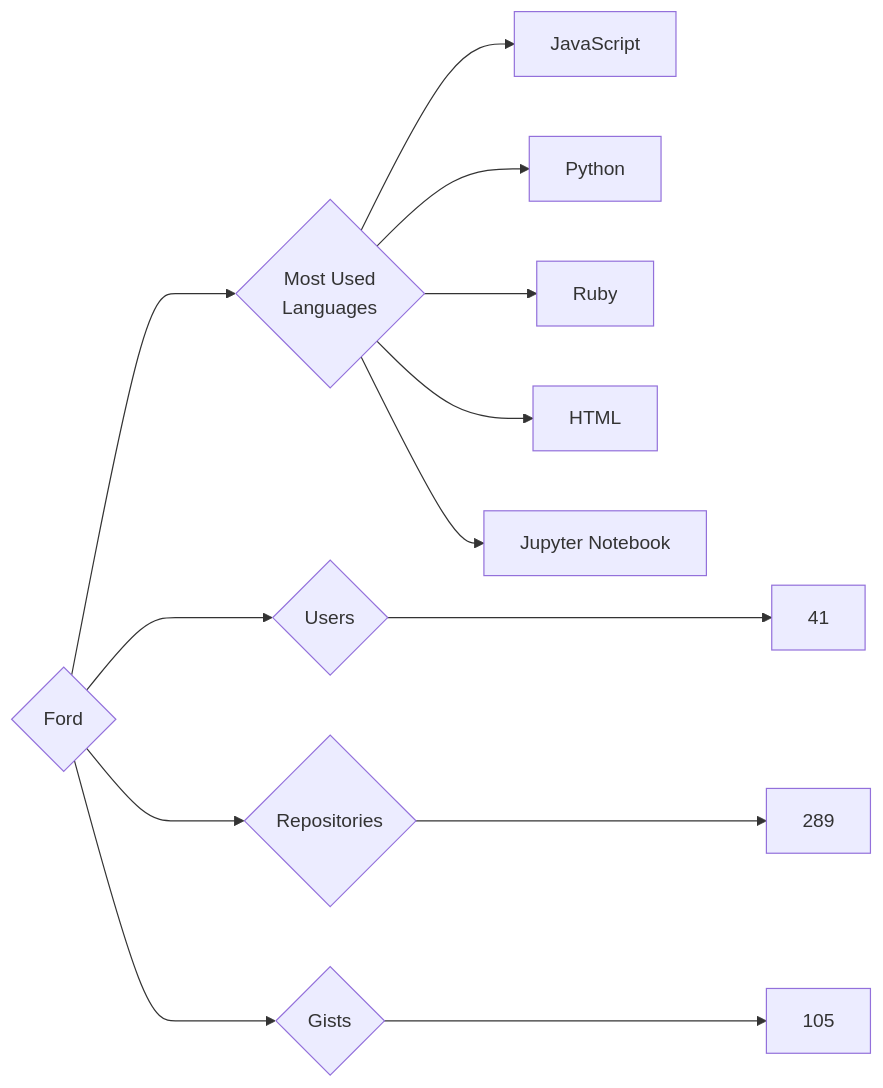
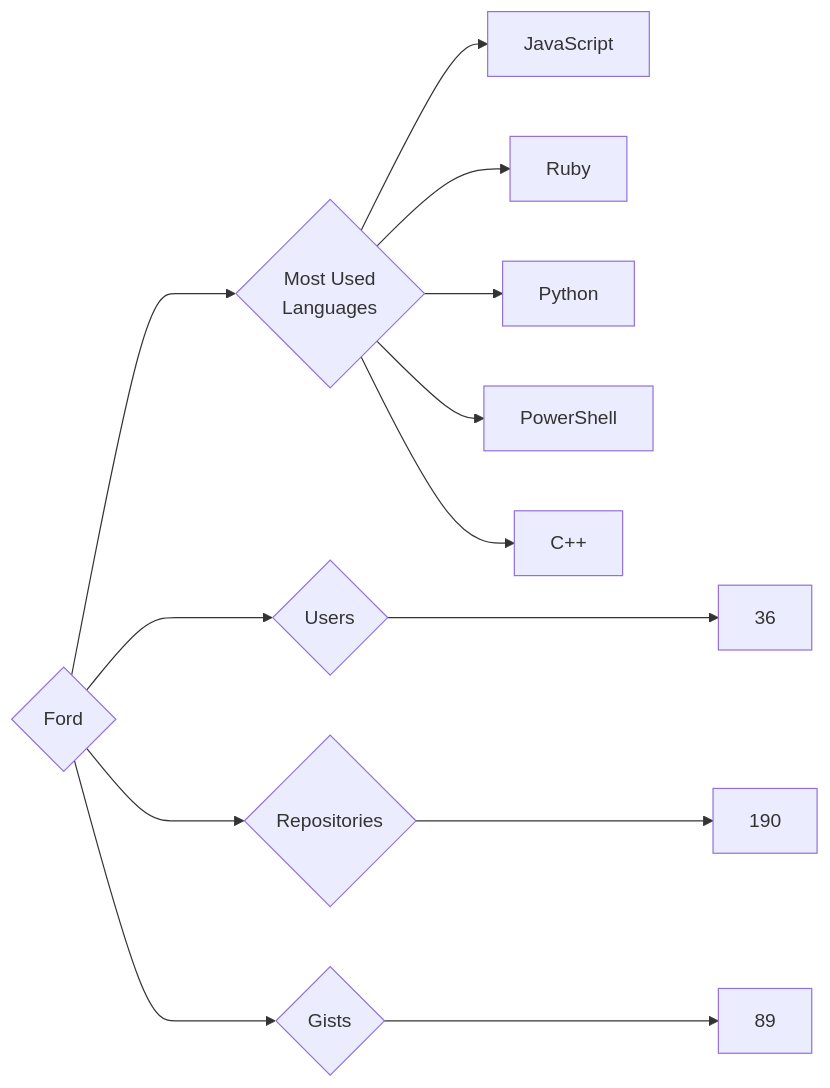
Before and after one commit to trickest/insiders: the diagram in targets/Ford/README.md, drawn with Mermaid. The commit also changed 965 other files, not shown here.

````diff
--- a/targets/Ford/README.md
+++ b/targets/Ford/README.md
@@ -3,13 +3,13 @@
 ```mermaid
 graph LR
 COMPANY_NAME{Ford}
-COMPANY_NAME ---> U{Users} ---> UN[41]
-COMPANY_NAME ---> R{Repositories} ---> RN[289]
-COMPANY_NAME ---> G{Gists} ---> GN[105]
+COMPANY_NAME ---> U{Users} ---> UN[36]
+COMPANY_NAME ---> R{Repositories} ---> RN[190]
+COMPANY_NAME ---> G{Gists} ---> GN[89]
 COMPANY_NAME ---> ML{Most Used<br>Languages}
 ML --> JavaScript[JavaScript]
+ML --> Ruby[Ruby]
 ML --> Python[Python]
-ML --> Ruby[Ruby]
-ML --> HTML[HTML]
-ML --> Jupyter_Notebook[Jupyter Notebook]
+ML --> PowerShell[PowerShell]
+ML --> C++[C++]
 ```
````
